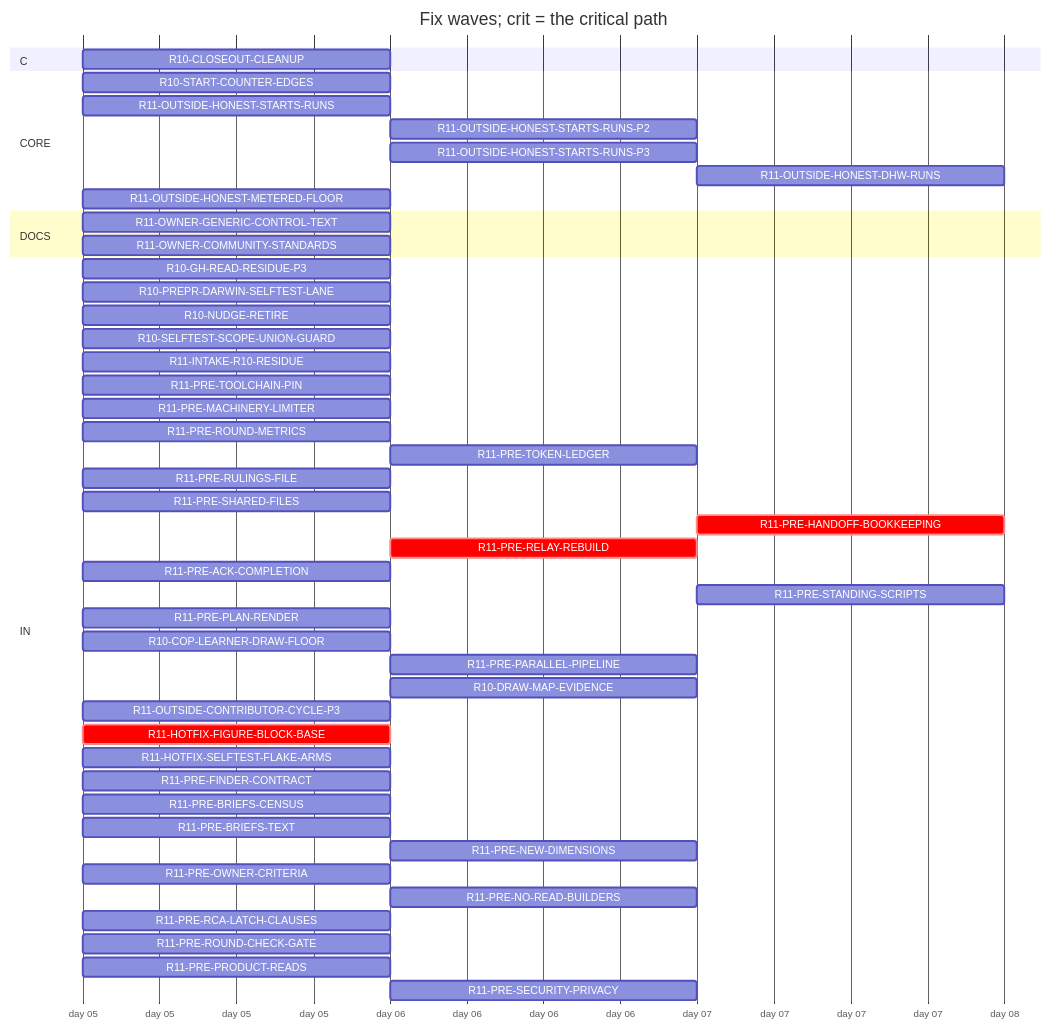
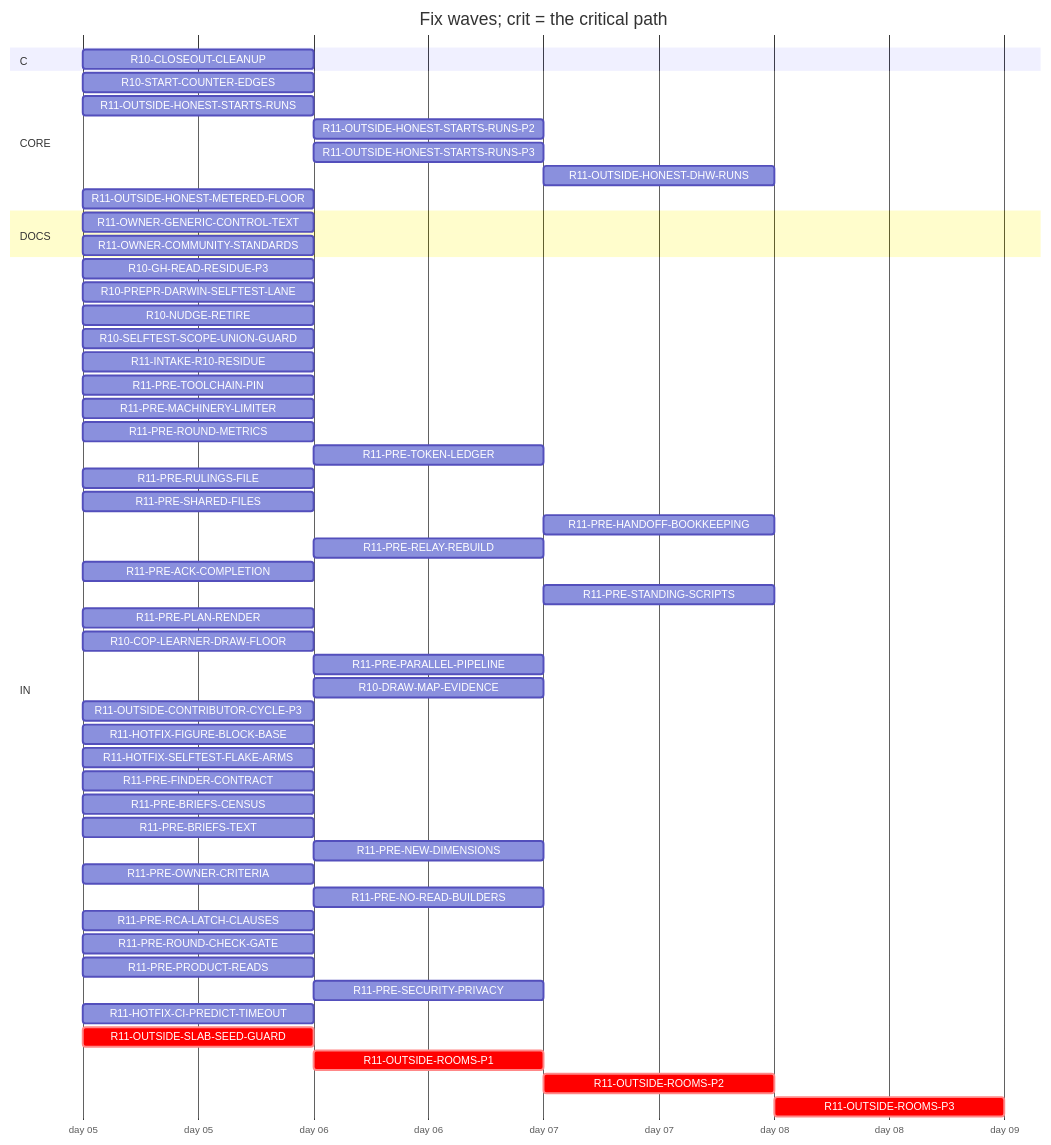
Before and after one commit to tvofi/heatpump_optimizer: the diagram in handoff/round11/state/PLAN-TABLE.md, drawn with Mermaid. The commit also changed other lines of this file and 4 other files, not shown here.

Commit message:
state: FLOW-BOARD.md, NEXT-SESSION-PROMPT.md, PLAN-TABLE.md, PLAN.html, RESUME-CURRENT.md regenerated (state_docs.py)

````diff
--- a/handoff/round11/state/PLAN-TABLE.md
+++ b/handoff/round11/state/PLAN-TABLE.md
@@ -17,51 +17,56 @@
 ```mermaid
 gantt
   title Fix waves; crit = the critical path
   dateFormat YYYY-MM-DD
   axisFormat day %d
   section C
     R10-CLOSEOUT-CLEANUP :r10CLOSEOUTCLEANUP, 2026-01-05, 1d
   section CORE
     R10-START-COUNTER-EDGES :r10STARTCOUNTEREDGES, 2026-01-05, 1d
     R11-OUTSIDE-HONEST-STARTS-RUNS :r11OUTSIDEHONESTSTARTSRUNS, 2026-01-05, 1d
     R11-OUTSIDE-HONEST-STARTS-RUNS-P2 :r11OUTSIDEHONESTSTARTSRUNSP2, after r11OUTSIDEHONESTSTARTSRUNS, 1d
     R11-OUTSIDE-HONEST-STARTS-RUNS-P3 :r11OUTSIDEHONESTSTARTSRUNSP3, after r11OUTSIDEHONESTSTARTSRUNS, 1d
     R11-OUTSIDE-HONEST-DHW-RUNS :r11OUTSIDEHONESTDHWRUNS, after r11OUTSIDEHONESTSTARTSRUNS r11OUTSIDEHONESTSTARTSRUNSP2, 1d
     R11-OUTSIDE-HONEST-METERED-FLOOR :r11OUTSIDEHONESTMETEREDFLOOR, 2026-01-05, 1d
   section DOCS
     R11-OWNER-GENERIC-CONTROL-TEXT :r11OWNERGENERICCONTROLTEXT, 2026-01-05, 1d
     R11-OWNER-COMMUNITY-STANDARDS :r11OWNERCOMMUNITYSTANDARDS, 2026-01-05, 1d
   section IN
     R10-GH-READ-RESIDUE-P3 :r10GHREADRESIDUEP3, 2026-01-05, 1d
     R10-PREPR-DARWIN-SELFTEST-LANE :r10PREPRDARWINSELFTESTLANE, 2026-01-05, 1d
     R10-NUDGE-RETIRE :r10NUDGERETIRE, 2026-01-05, 1d
     R10-SELFTEST-SCOPE-UNION-GUARD :r10SELFTESTSCOPEUNIONGUARD, 2026-01-05, 1d
     R11-INTAKE-R10-RESIDUE :r11INTAKER10RESIDUE, 2026-01-05, 1d
     R11-PRE-TOOLCHAIN-PIN :r11PRETOOLCHAINPIN, 2026-01-05, 1d
     R11-PRE-MACHINERY-LIMITER :r11PREMACHINERYLIMITER, 2026-01-05, 1d
     R11-PRE-ROUND-METRICS :r11PREROUNDMETRICS, 2026-01-05, 1d
     R11-PRE-TOKEN-LEDGER :r11PRETOKENLEDGER, after r10GHREADRESIDUEP3, 1d
     R11-PRE-RULINGS-FILE :r11PRERULINGSFILE, 2026-01-05, 1d
     R11-PRE-SHARED-FILES :r11PRESHAREDFILES, 2026-01-05, 1d
-    R11-PRE-HANDOFF-BOOKKEEPING :crit, r11PREHANDOFFBOOKKEEPING, after r11PRERELAYREBUILD, 1d
-    R11-PRE-RELAY-REBUILD :crit, r11PRERELAYREBUILD, after r11HOTFIXFIGUREBLOCKBASE, 1d
+    R11-PRE-HANDOFF-BOOKKEEPING :r11PREHANDOFFBOOKKEEPING, after r11PRERELAYREBUILD, 1d
+    R11-PRE-RELAY-REBUILD :r11PRERELAYREBUILD, after r11HOTFIXFIGUREBLOCKBASE, 1d
     R11-PRE-ACK-COMPLETION :r11PREACKCOMPLETION, 2026-01-05, 1d
     R11-PRE-STANDING-SCRIPTS :r11PRESTANDINGSCRIPTS, after r11PREPARALLELPIPELINE, 1d
     R11-PRE-PLAN-RENDER :r11PREPLANRENDER, 2026-01-05, 1d
     R10-COP-LEARNER-DRAW-FLOOR :r10COPLEARNERDRAWFLOOR, 2026-01-05, 1d
     R11-PRE-PARALLEL-PIPELINE :r11PREPARALLELPIPELINE, after r11HOTFIXFIGUREBLOCKBASE, 1d
     R10-DRAW-MAP-EVIDENCE :r10DRAWMAPEVIDENCE, after r10COPLEARNERDRAWFLOOR, 1d
     R11-OUTSIDE-CONTRIBUTOR-CYCLE-P3 :r11OUTSIDECONTRIBUTORCYCLEP3, 2026-01-05, 1d
-    R11-HOTFIX-FIGURE-BLOCK-BASE :crit, r11HOTFIXFIGUREBLOCKBASE, 2026-01-05, 1d
+    R11-HOTFIX-FIGURE-BLOCK-BASE :r11HOTFIXFIGUREBLOCKBASE, 2026-01-05, 1d
     R11-HOTFIX-SELFTEST-FLAKE-ARMS :r11HOTFIXSELFTESTFLAKEARMS, 2026-01-05, 1d
     R11-PRE-FINDER-CONTRACT :r11PREFINDERCONTRACT, 2026-01-05, 1d
     R11-PRE-BRIEFS-CENSUS :r11PREBRIEFSCENSUS, 2026-01-05, 1d
     R11-PRE-BRIEFS-TEXT :r11PREBRIEFSTEXT, 2026-01-05, 1d
     R11-PRE-NEW-DIMENSIONS :r11PRENEWDIMENSIONS, after r11PREFINDERCONTRACT r11PREBRIEFSCENSUS, 1d
     R11-PRE-OWNER-CRITERIA :r11PREOWNERCRITERIA, 2026-01-05, 1d
     R11-PRE-NO-READ-BUILDERS :r11PRENOREADBUILDERS, after r11PREMACHINERYLIMITER, 1d
     R11-PRE-RCA-LATCH-CLAUSES :r11PRERCALATCHCLAUSES, 2026-01-05, 1d
     R11-PRE-ROUND-CHECK-GATE :r11PREROUNDCHECKGATE, 2026-01-05, 1d
     R11-PRE-PRODUCT-READS :r11PREPRODUCTREADS, 2026-01-05, 1d
     R11-PRE-SECURITY-PRIVACY :r11PRESECURITYPRIVACY, after r11PREFINDERCONTRACT r11PREBRIEFSCENSUS, 1d
+    R11-HOTFIX-CI-PREDICT-TIMEOUT :r11HOTFIXCIPREDICTTIMEOUT, 2026-01-05, 1d
+    R11-OUTSIDE-SLAB-SEED-GUARD :crit, r11OUTSIDESLABSEEDGUARD, 2026-01-05, 1d
+    R11-OUTSIDE-ROOMS-P1 :crit, r11OUTSIDEROOMSP1, after r11OUTSIDESLABSEEDGUARD, 1d
+    R11-OUTSIDE-ROOMS-P2 :crit, r11OUTSIDEROOMSP2, after r11OUTSIDEROOMSP1, 1d
+    R11-OUTSIDE-ROOMS-P3 :crit, r11OUTSIDEROOMSP3, after r11OUTSIDEROOMSP2, 1d
 ```
````
